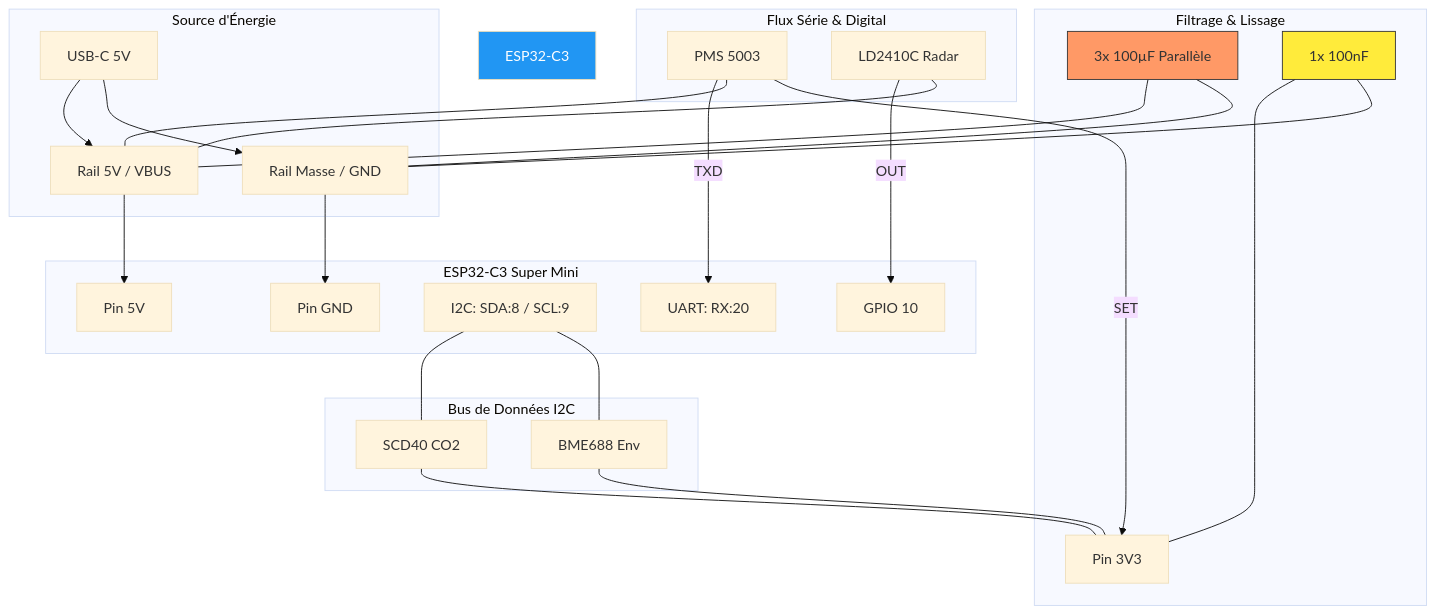
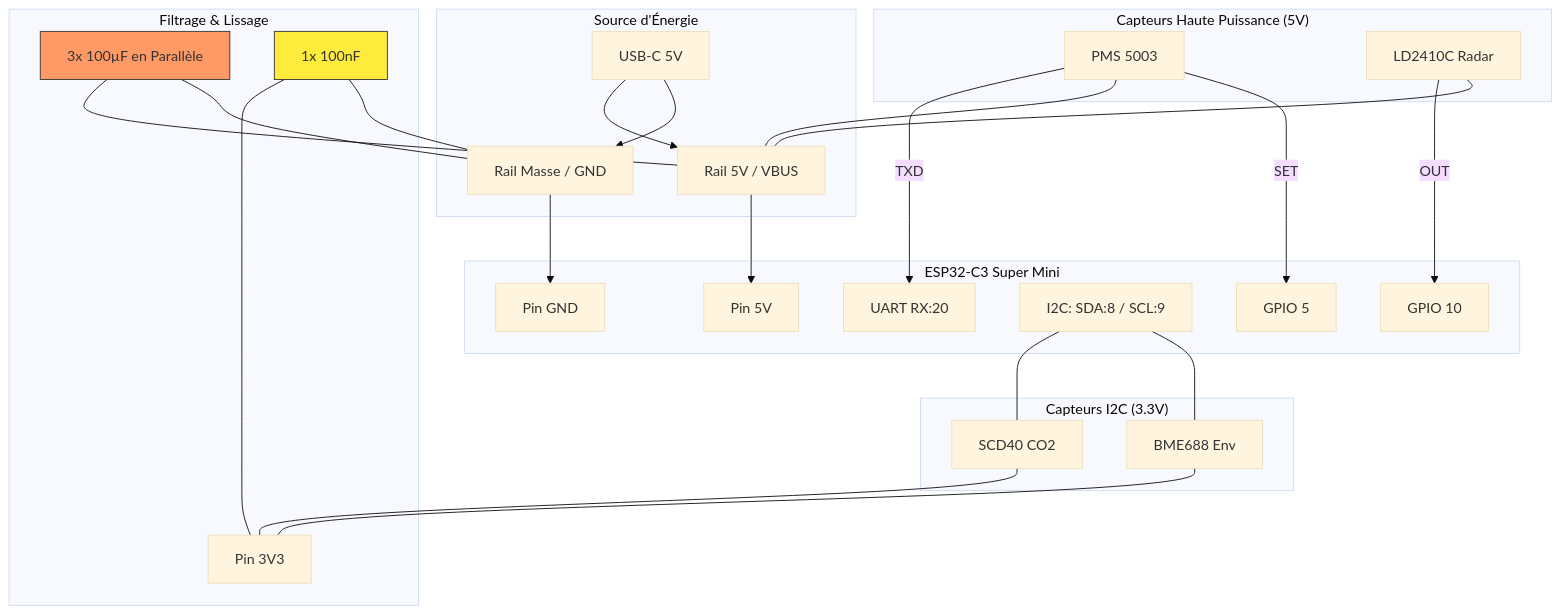
The diagram in ArchitectureVisuelle.mermaid (LaurentRab/AdvancedAirAnalyzer), drawn with Mermaid (base theme) before and after one commit. The commit also changed 4 other files, not shown here.

First line of the commit message:
fix: PMS5003 SET sur GPIO5, intervalle 5min, robustesse lecture

```diff
--- a/ArchitectureVisuelle.mermaid
+++ b/ArchitectureVisuelle.mermaid
@@ -1,50 +1,50 @@
 graph TD
     subgraph "Source d'Énergie"
         USB[USB-C 5V]
+        GND[Rail Masse / GND]
         VCC[Rail 5V / VBUS]
-        GND[Rail Masse / GND]
         USB --> VCC
         USB --> GND
     end
 
     subgraph "Filtrage & Lissage"
-        C1[3x 100µF Parallèle] --- VCC
+        C1[3x 100µF en Parallèle] --- VCC
         C1 --- GND
         C2[1x 100nF] --- ESP_3V3
         C2 --- GND
     end
 
     subgraph "ESP32-C3 Super Mini"
         ESP_5V[Pin 5V]
         ESP_3V3[Pin 3V3]
         GND_ESP[Pin GND]
+        GPIO5[GPIO 5]
         I2C[I2C: SDA:8 / SCL:9]
-        UART[UART: RX:20]
+        UART[UART RX:20]
         GPIO10[GPIO 10]
     end
 
     VCC --> ESP_5V
     GND --> GND_ESP
 
-    subgraph "Bus de Données I2C"
+    subgraph "Capteurs I2C (3.3V)"
         SCD[SCD40 CO2]
         BME[BME688 Env]
         I2C --- SCD
         I2C --- BME
         SCD --- ESP_3V3
         BME --- ESP_3V3
     end
 
-    subgraph "Flux Série & Digital"
+    subgraph "Capteurs Haute Puissance (5V)"
         PMS[PMS 5003]
         RAD[LD2410C Radar]
         PMS --"TXD"--> UART
         RAD --"OUT"--> GPIO10
         PMS --- VCC
         RAD --- VCC
-        PMS --"SET"--> ESP_3V3
+        PMS --"SET"--> GPIO5
     end
 
     style C1 fill:#f96,stroke:#333
     style C2 fill:#ffeb3b,stroke:#333
-    style ESP32-C3 fill:#2196f3,color:#fff
```
